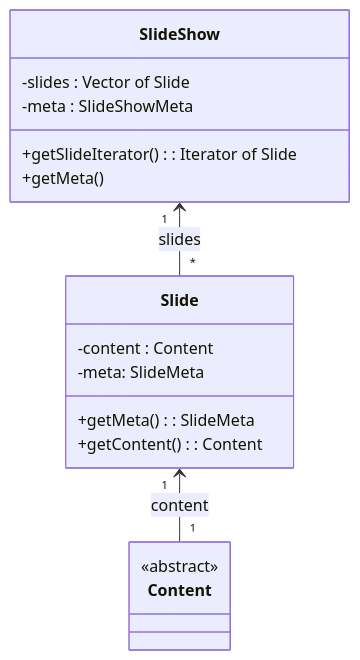
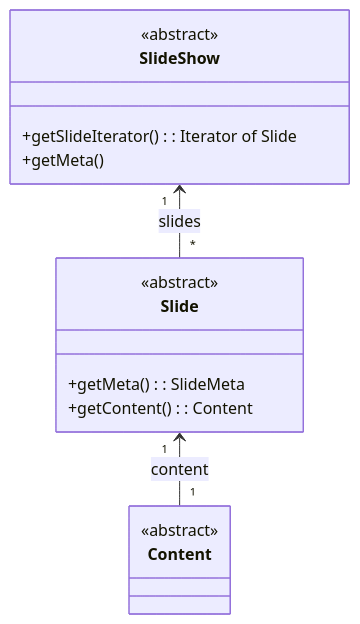
One commit to Borrelhapje/design-for-change changed the first of 4 diagrams in domaindesign.md. Above: the diagram before and after it, drawn with Mermaid. The commit also changed other lines of this file, not shown here.

Commit message:
Update domaindesign.md
Closes #7

````diff
--- a/domaindesign.md
+++ b/domaindesign.md
@@ -63,21 +63,19 @@
 ```mermaid
 classDiagram
     class SlideShow{
-        -slides : Vector of Slide
-        -meta : SlideShowMeta
+        <<abstract>>
         +getSlideIterator(): Iterator of Slide
         +getMeta()
     }
 class Slide{
-	-content : Content
-        -meta: SlideMeta
+        <<abstract>>
         +getMeta(): SlideMeta
         +getContent(): Content
 }
 class Content{
   <<abstract>>
 }
 
 SlideShow "1" <-- "*" Slide: slides
 Slide "1" <-- "1" Content: content
 ```
````
